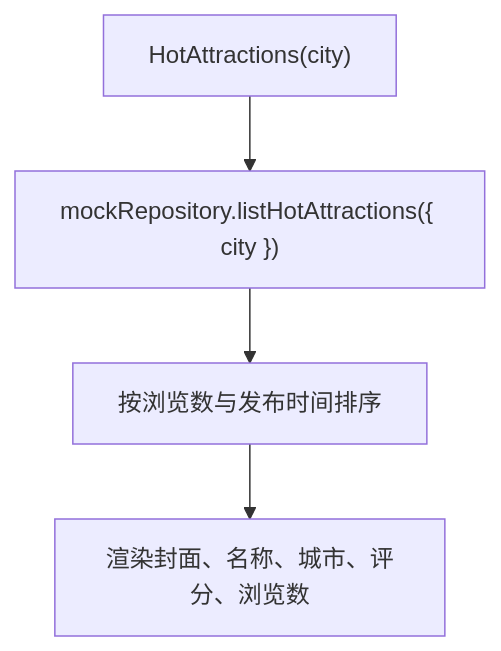
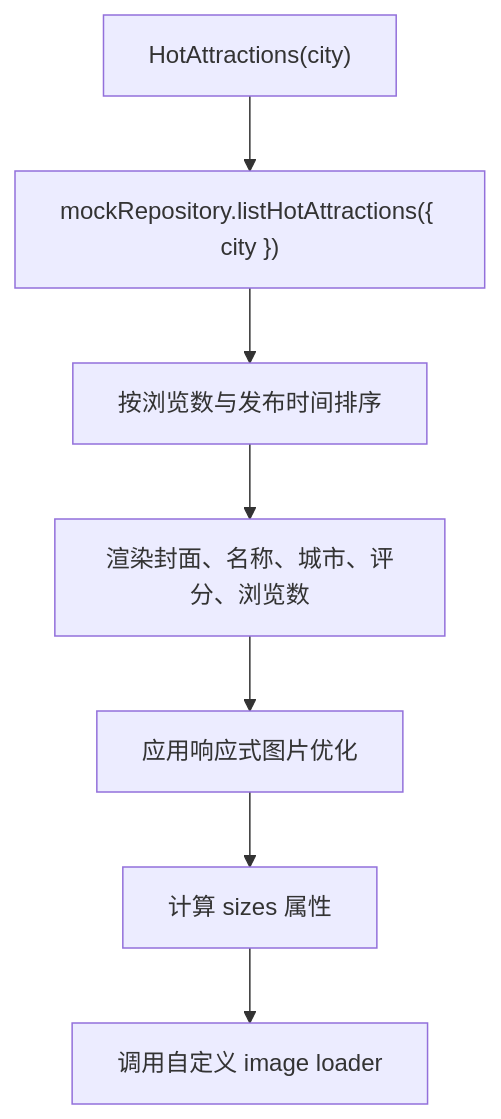
Before and after one commit to luyitiger6/my-first-project: diagram 11 of 12 in .qoder/repowiki/zh/content/规格驱动开发/WanderChain 首页规格文档.md, drawn with Mermaid. The commit also changed other lines of this file and 32 other files, not shown here.

````diff
--- a/.qoder/repowiki/zh/content/规格驱动开发/WanderChain 首页规格文档.md
+++ b/.qoder/repowiki/zh/content/规格驱动开发/WanderChain 首页规格文档.md
@@ -366,6 +450,9 @@
 ```mermaid
 flowchart TD
 Start["HotAttractions(city)"] --> Fetch["mockRepository.listHotAttractions({ city })"]
 Fetch --> Sort["按浏览数与发布时间排序"]
 Sort --> Render["渲染封面、名称、城市、评分、浏览数"]
+Render --> ImageOpt["应用响应式图片优化"]
+ImageOpt --> Sizes["计算 sizes 属性"]
+Sizes --> Loader["调用自定义 image loader"]
 ```
````
